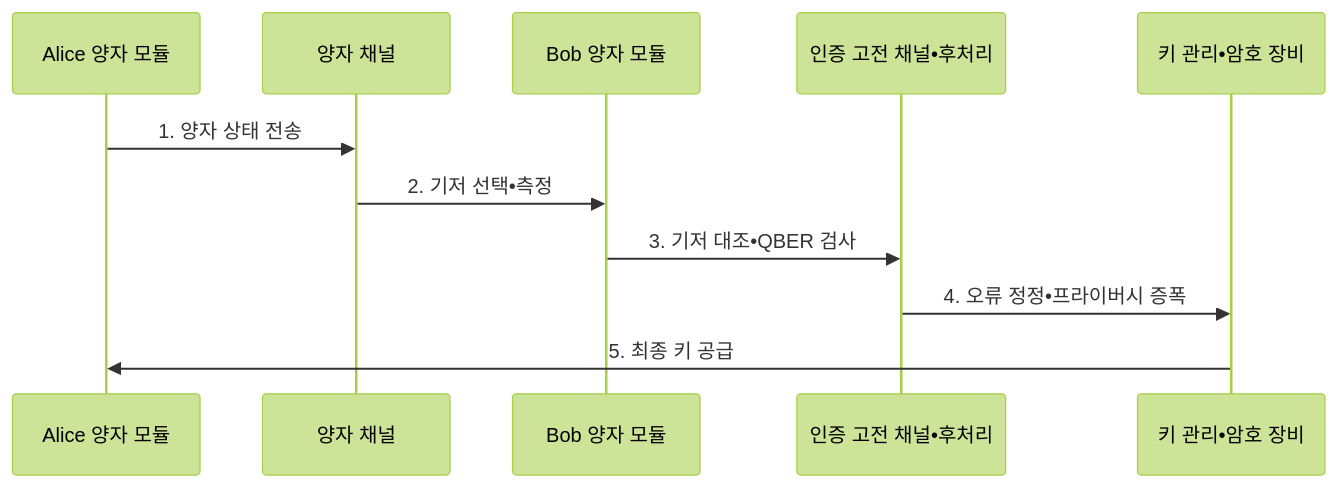
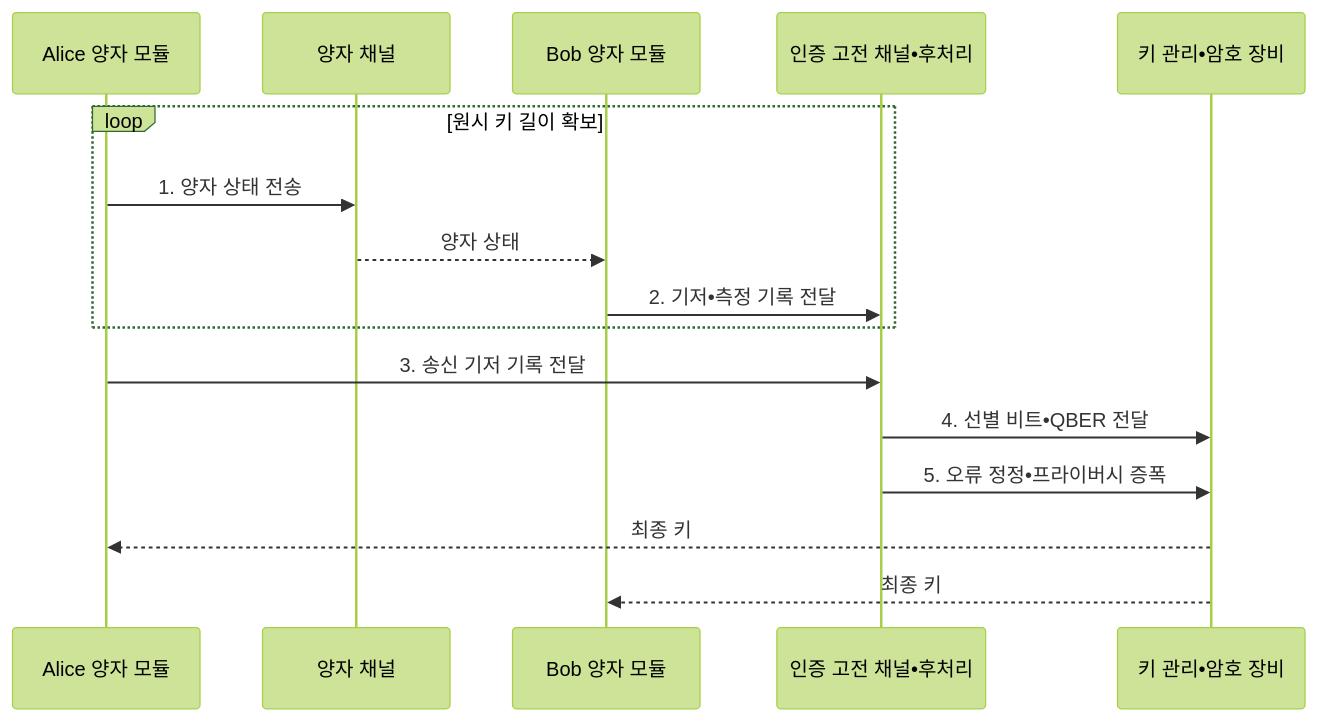
Before and after one commit to agnusdei1207/knowledge-base: the second of 2 diagrams in src/content/docs/notes/08-latest-tech/217_qkd_quantum_key_distribution.md, drawn with Mermaid (forest theme). The commit also changed other lines of this file and 15 other files, not shown here.

````diff
--- a/src/content/docs/notes/08-latest-tech/217_qkd_quantum_key_distribution.md
+++ b/src/content/docs/notes/08-latest-tech/217_qkd_quantum_key_distribution.md
@@ -99,13 +99,18 @@
 ```mermaid
 sequenceDiagram
   participant A as Alice 양자 모듈
   participant Q as 양자 채널
   participant B as Bob 양자 모듈
   participant C as 인증 고전 채널•후처리
   participant K as 키 관리•암호 장비
-  A->>Q: 1. 양자 상태 전송
-  Q->>B: 2. 기저 선택•측정
-  B->>C: 3. 기저 대조•QBER 검사
-  C->>K: 4. 오류 정정•프라이버시 증폭
-  K->>A: 5. 최종 키 공급
+  loop 원시 키 길이 확보
+    A->>Q: 1. 양자 상태 전송
+    Q-->>B: 양자 상태
+    B->>C: 2. 기저•측정 기록 전달
+  end
+  A->>C: 3. 송신 기저 기록 전달
+  C->>K: 4. 선별 비트•QBER 전달
+  C->>K: 5. 오류 정정•프라이버시 증폭
+  K-->>A: 최종 키
+  K-->>B: 최종 키
 ```
````
